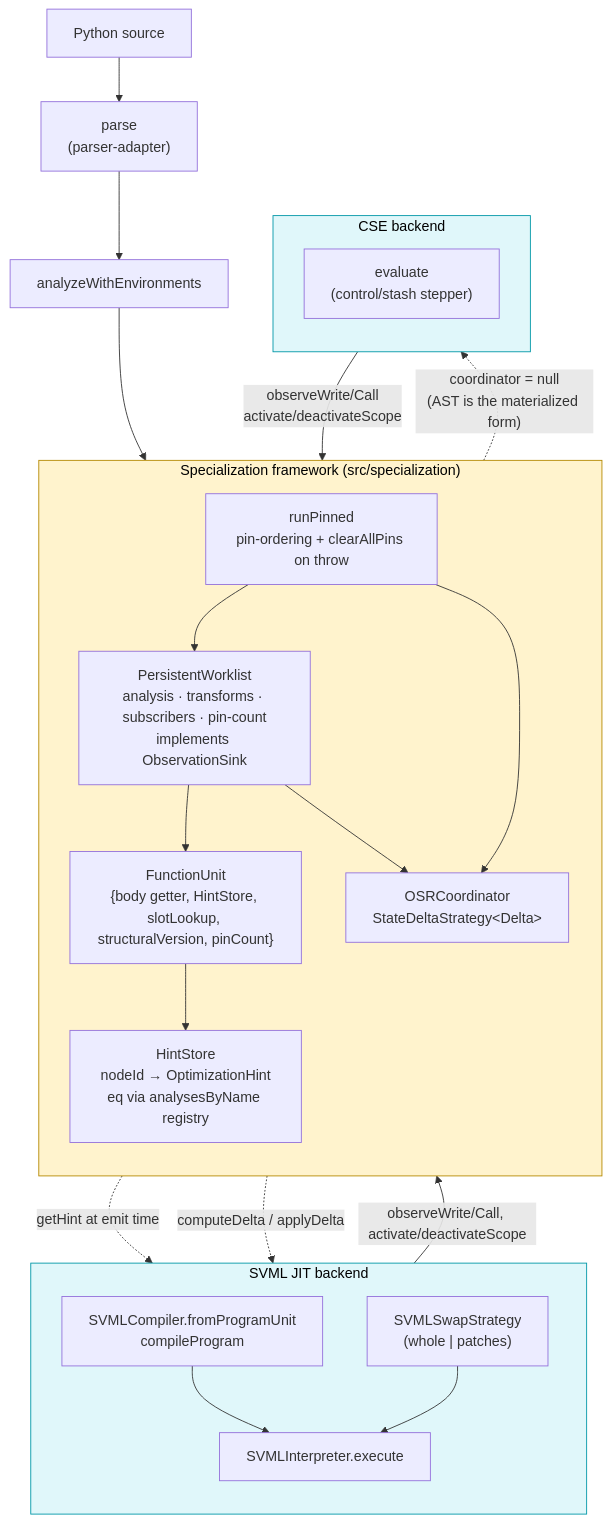
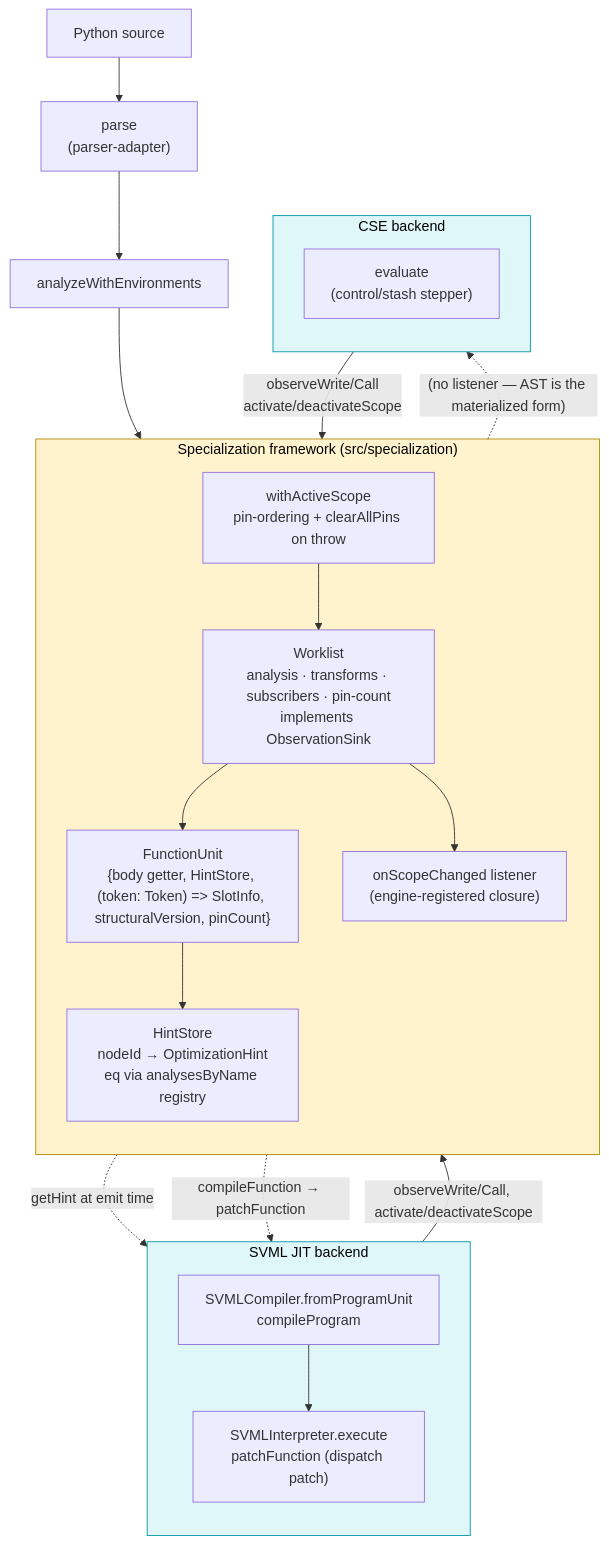
Before and after one commit to loyaltypollution/py-slang: the sixth of 6 diagrams in docs/compilation-flow.md, drawn with Mermaid. The commit also changed other lines of this file and 55 other files, not shown here.

````diff
--- a/docs/compilation-flow.md
+++ b/docs/compilation-flow.md
@@ -337,46 +360,43 @@
 ```mermaid
 flowchart TB
     SRC["Python source"]
     PARSE["parse<br/>(parser-adapter)"]
     RESOLVE["analyzeWithEnvironments"]
     SRC --> PARSE --> RESOLVE
 
     subgraph SPEC["Specialization framework (src/specialization)"]
       direction TB
-      WL["PersistentWorklist<br/>analysis · transforms · subscribers · pin-count<br/>implements ObservationSink"]
-      UNIT["FunctionUnit<br/>{body getter, HintStore, slotLookup, structuralVersion, pinCount}"]
+      WL["Worklist<br/>analysis · transforms · subscribers · pin-count<br/>implements ObservationSink"]
+      UNIT["FunctionUnit<br/>{body getter, HintStore, (token: Token) => SlotInfo, structuralVersion, pinCount}"]
       HS["HintStore<br/>nodeId → OptimizationHint<br/>eq via analysesByName registry"]
-      OSR["OSRCoordinator<br/>StateDeltaStrategy&lt;Delta&gt;"]
-      RP["runPinned<br/>pin-ordering + clearAllPins on throw"]
+      WAS["withActiveScope<br/>pin-ordering + clearAllPins on throw"]
+      OSC["onScopeChanged listener<br/>(engine-registered closure)"]
       WL --> UNIT
       UNIT --> HS
-      WL --> OSR
-      RP --> WL
-      RP --> OSR
+      WL --> OSC
+      WAS --> WL
     end
     RESOLVE --> WL
 
     subgraph SVML["SVML JIT backend"]
       direction TB
       COMP["SVMLCompiler.fromProgramUnit<br/>compileProgram"]
-      INT["SVMLInterpreter.execute"]
-      STRAT["SVMLSwapStrategy<br/>(whole | patches)"]
+      INT["SVMLInterpreter.execute<br/>patchFunction (dispatch patch)"]
       COMP --> INT
-      STRAT --> INT
     end
     UNIT -. "getHint at emit time" .-> COMP
-    OSR -. "computeDelta / applyDelta" .-> STRAT
+    OSC -. "compileFunction → patchFunction" .-> INT
     INT -- "observeWrite/Call, activate/deactivateScope" --> WL
 
     subgraph CSE["CSE backend"]
       direction TB
       EXEC["evaluate<br/>(control/stash stepper)"]
     end
-    RP -. "coordinator = null<br/>(AST is the materialized form)" .-> EXEC
+    WAS -. "(no listener — AST is the materialized form)" .-> EXEC
     EXEC -- "observeWrite/Call<br/>activate/deactivateScope" --> WL
 
     classDef engine fill:#fff3cd,stroke:#b58900,color:#000;
     classDef backend fill:#e0f7fa,stroke:#0097a7,color:#000;
     class SPEC engine;
     class SVML,CSE backend;
 ```
````
